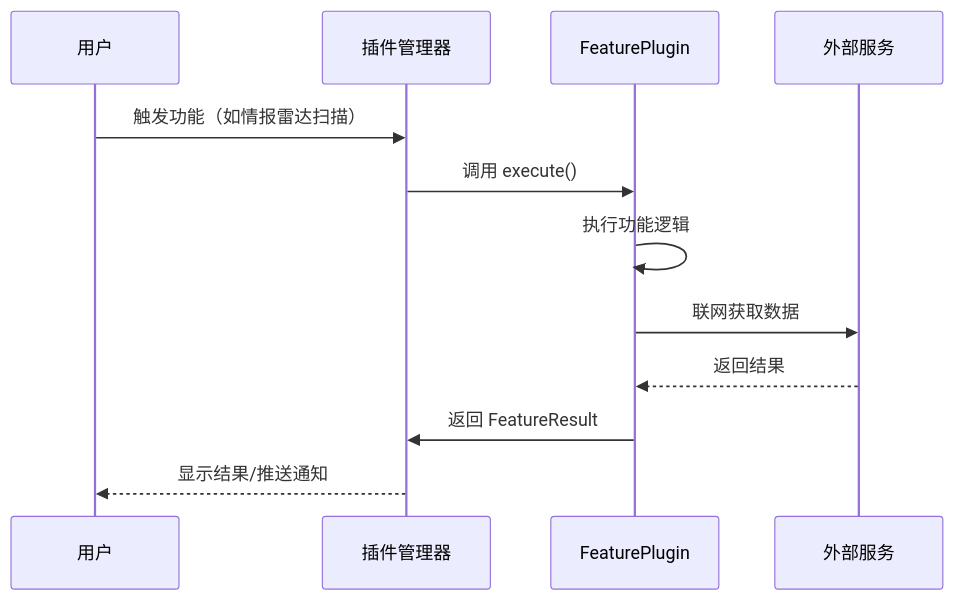
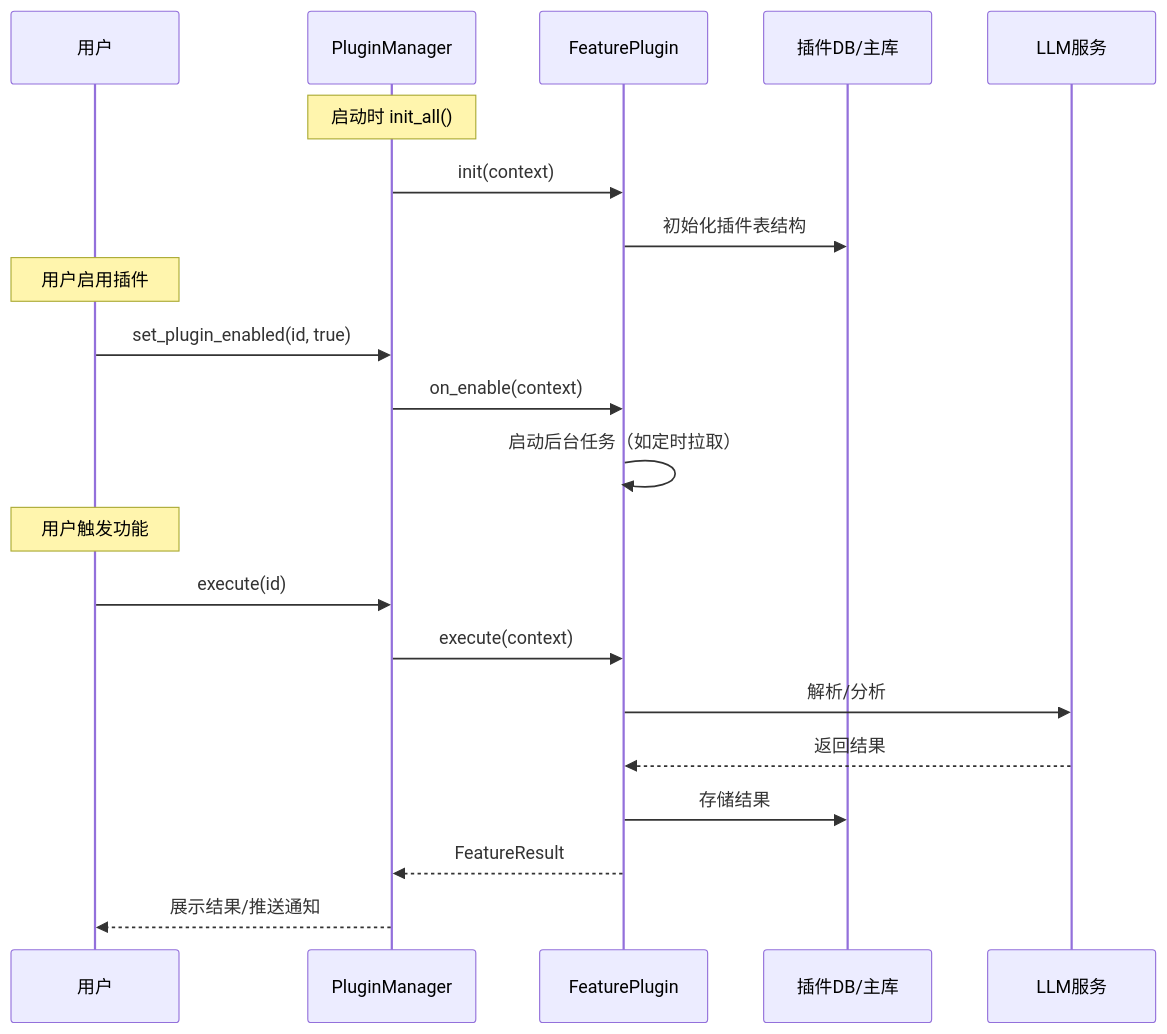
One commit to cpro1868/os_compass changed the fourth of 9 diagrams in docs/详细设计说明书.md. Above: the diagram before and after it, drawn with Mermaid. The commit also changed other lines of this file and 4 other files, not shown here.

First line of the commit message:
docs: M13 二期需求设计 — 系统插件管理 + 意图搜索 + 情报雷达

````diff
--- a/docs/详细设计说明书.md
+++ b/docs/详细设计说明书.md
@@ -1077,15 +1172,26 @@
 ```mermaid
 sequenceDiagram
     participant U as 用户
-    participant PM as 插件管理器
+    participant PM as PluginManager
     participant FP as FeaturePlugin
-    participant LLM as 外部服务
+    participant DB as 插件DB/主库
+    participant LLM as LLM服务
 
-    U->>PM: 触发功能（如情报雷达扫描）
-    PM->>FP: 调用 execute()
-    FP->>FP: 执行功能逻辑
-    FP->>LLM: 联网获取数据
+    Note over PM: 启动时 init_all()
+    PM->>FP: init(context)
+    FP->>DB: 初始化插件表结构
+
+    Note over U: 用户启用插件
+    U->>PM: set_plugin_enabled(id, true)
+    PM->>FP: on_enable(context)
+    FP->>FP: 启动后台任务（如定时拉取）
+
+    Note over U: 用户触发功能
+    U->>PM: execute(id)
+    PM->>FP: execute(context)
+    FP->>LLM: 解析/分析
     LLM-->>FP: 返回结果
-    FP->>PM: 返回 FeatureResult
-    PM-->>U: 显示结果/推送通知
+    FP->>DB: 存储结果
+    FP-->>PM: FeatureResult
+    PM-->>U: 展示结果/推送通知
 ```
````
